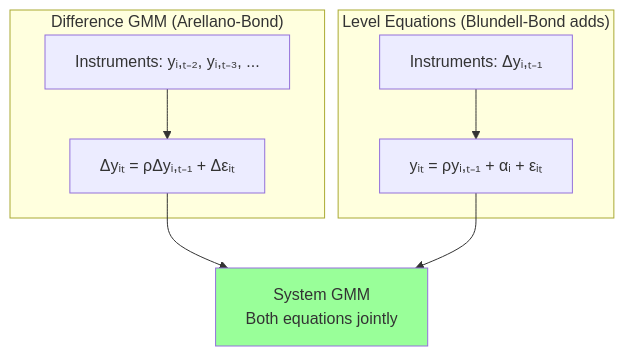
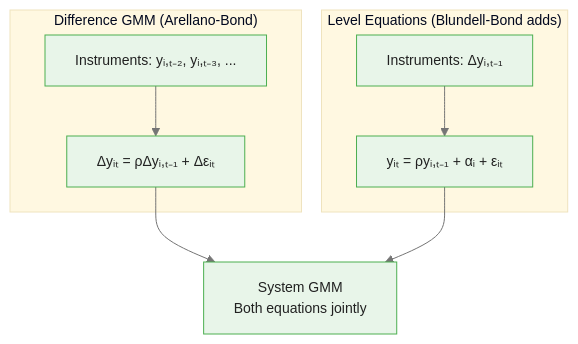
The third of 4 diagrams in courses/panel-regression/modules/module_05_advanced_topics/guides/01_dynamic_panels_slides.md (m-deane/course-creator), drawn with Mermaid before and after one commit. The commit also changed other lines of this file and 79 other files, not shown here.

````diff
--- a/courses/panel-regression/modules/module_05_advanced_topics/guides/01_dynamic_panels_slides.md
+++ b/courses/panel-regression/modules/module_05_advanced_topics/guides/01_dynamic_panels_slides.md
@@ -214,19 +256,18 @@
 ```mermaid
+%%{init: {"theme": "base", "themeVariables": {"primaryColor": "#e8f5e9", "primaryBorderColor": "#4caf50", "primaryTextColor": "#212121", "secondaryColor": "#e3f2fd", "tertiaryColor": "#fff8e1", "lineColor": "#757575", "fontFamily": "Inter, sans-serif", "fontSize": "14px"}}}%%
 flowchart TD
     subgraph "Difference GMM (Arellano-Bond)"
         DIFF["Δyᵢₜ = ρΔyᵢ,ₜ₋₁ + Δεᵢₜ"]
         DIFF_IV["Instruments: yᵢ,ₜ₋₂, yᵢ,ₜ₋₃, ..."]
         DIFF_IV --> DIFF
     end
 
     subgraph "Level Equations (Blundell-Bond adds)"
         LEVEL["yᵢₜ = ρyᵢ,ₜ₋₁ + αᵢ + εᵢₜ"]
         LEVEL_IV["Instruments: Δyᵢ,ₜ₋₁"]
         LEVEL_IV --> LEVEL
     end
 
     DIFF --> SYSTEM["System GMM<br/>Both equations jointly"]
     LEVEL --> SYSTEM
-
-    style SYSTEM fill:#9f9
 ```
````
